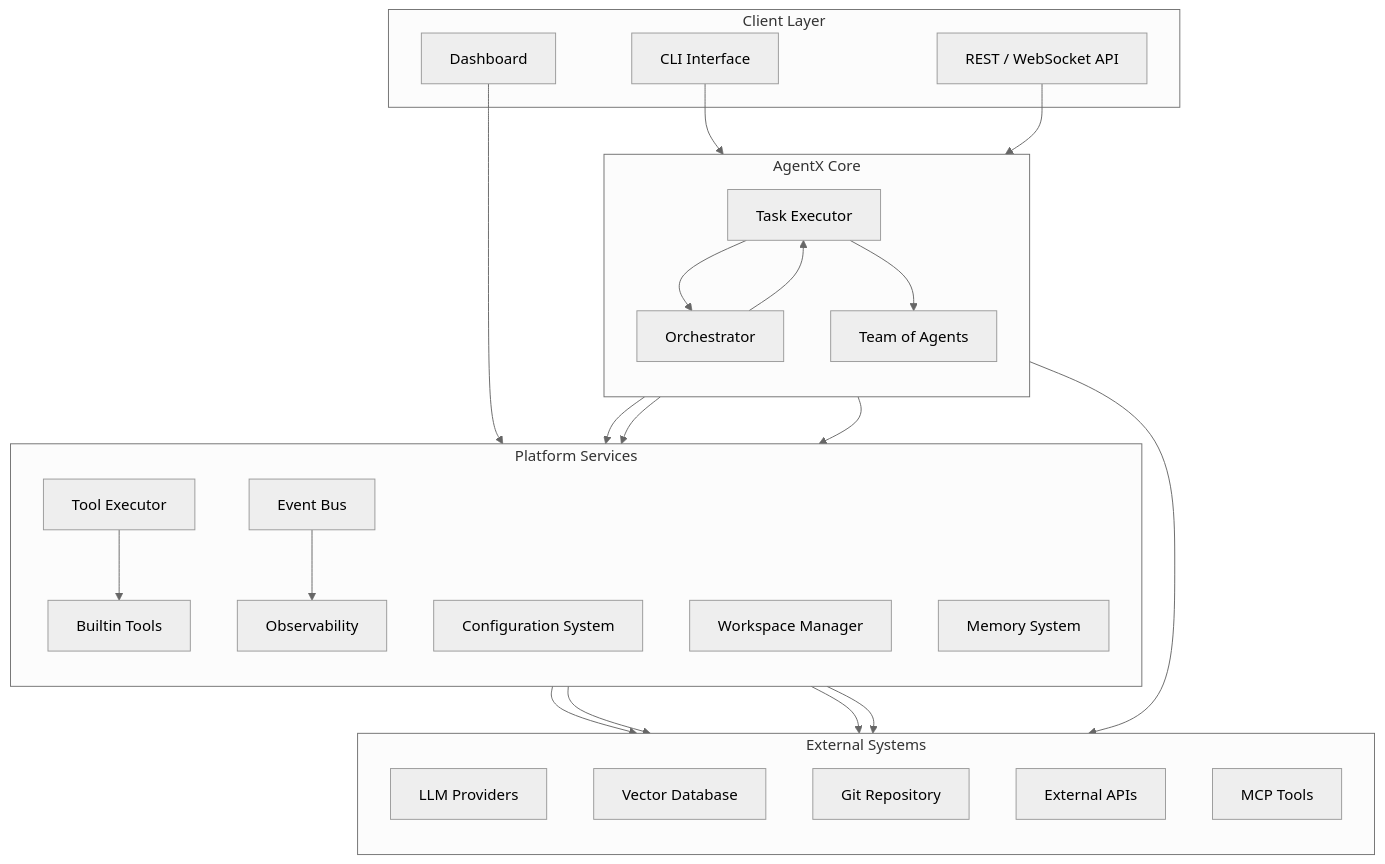
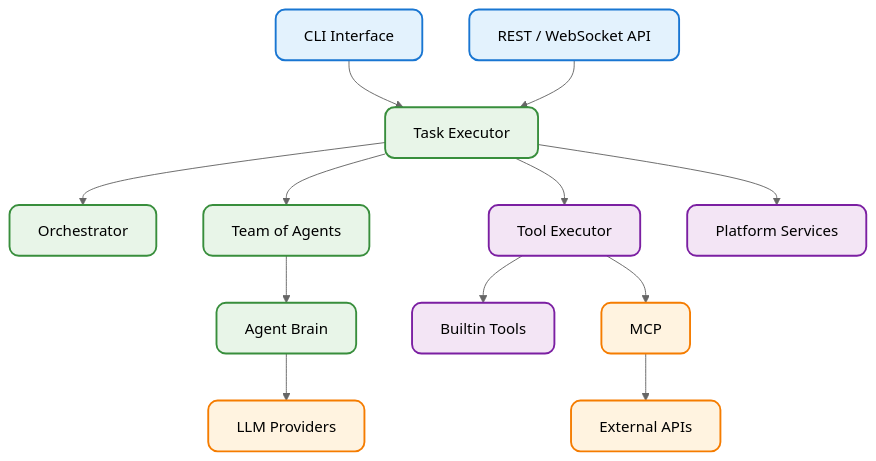
The first of 4 diagrams in docs/01-architecture.md (dustland/roboco), drawn with Mermaid (neutral theme) before and after one commit. The commit also changed other lines of this file, not shown here.

Commit message:
refactor: update AgentX architecture documentation to improve structure, enhance clarity of key components, and refine explanations of collaboration models and execution modes

````diff
--- a/docs/01-architecture.md
+++ b/docs/01-architecture.md
@@ -27,59 +27,49 @@
 ```mermaid
-flowchart TD
-    %% Top-level layers
-    subgraph Client Layer
-        CLI[CLI Interface]
-        API[REST / WebSocket API]
-        UI[Dashboard]
-    end
+graph TD
+    %% Client Layer
+    CLI[CLI Interface]
+    API[REST / WebSocket API]
 
-    subgraph AgentX Core
-        direction TB
-        TASK[Task Executor]
-        ORCH[Orchestrator]
-        TEAM[Team of Agents]
-    end
+    %% AgentX Core
+    TE[Task Executor]
+    ORCH[Orchestrator]
+    AGENTS[Team of Agents]
+    BRAIN[Agent Brain]
+    TOOL_EXEC[Tool Executor]
+    PLAT[Platform Services]
 
-    subgraph Platform Services
-        direction TB
-        TOOLS[Tool Executor]
-        CONFIG[Configuration System]
-        EVENTS[Event Bus]
-        STORAGE[Workspace Manager]
-        MEMORY[Memory System]
-        OBSV[Observability]
-        BUILTIN_TOOLS[Builtin Tools]
-    end
+    LLM[LLM Providers]
+    TOOLS[Builtin Tools]
+    API_EXT[External APIs]
+    MCP[MCP]
 
-    subgraph External Systems
-        direction TB
-        LLM[LLM Providers]
-        VDB[Vector Database]
-        GIT[Git Repository]
-        APIS[External APIs]
-        MCP[MCP Tools]
-    end
+    %% Vertical flow connections
+    CLI --> TE
+    API --> TE
 
-    %% Primary flows
-    CLI --> TASK
-    API --> TASK
-    UI --> OBSV
+    TE --> ORCH
+    AGENTS --> BRAIN
+    BRAIN --> LLM
 
-    TASK --> ORCH
-    ORCH --> TASK
-    TASK --> TEAM
+    TE --> AGENTS
+    TE --> TOOL_EXEC
 
-    TEAM --> LLM
+    TOOL_EXEC --> TOOLS
+    TOOL_EXEC --> MCP
+    MCP --> API_EXT
 
-    TASK --> TOOLS
-    TOOLS --> BUILTIN_TOOLS
-    TOOLS --> MCP
-    TOOLS --> APIS
+    TE --> PLAT
 
-    STORAGE --> GIT
-    MEMORY --> VDB
+    %% Styling for rounded corners
+    classDef default fill:#f9f9f9,stroke:#333,stroke-width:2px,rx:10,ry:10
+    classDef client fill:#e3f2fd,stroke:#1976d2,stroke-width:2px,rx:10,ry:10
+    classDef core fill:#e8f5e8,stroke:#388e3c,stroke-width:2px,rx:10,ry:10
+    classDef external fill:#fff3e0,stroke:#f57c00,stroke-width:2px,rx:10,ry:10
+    classDef platform fill:#f3e5f5,stroke:#7b1fa2,stroke-width:2px,rx:10,ry:10
 
-    EVENTS --> OBSV
-    ORCH --> EVENTS
-    ORCH --> CONFIG
+    %% Apply styles to specific nodes
+    class CLI,API client
+    class TE,ORCH,AGENTS,BRAIN core
+    class LLM,API_EXT,MCP external
+    class TOOL_EXEC,TOOLS,PLAT platform
 ```
````
